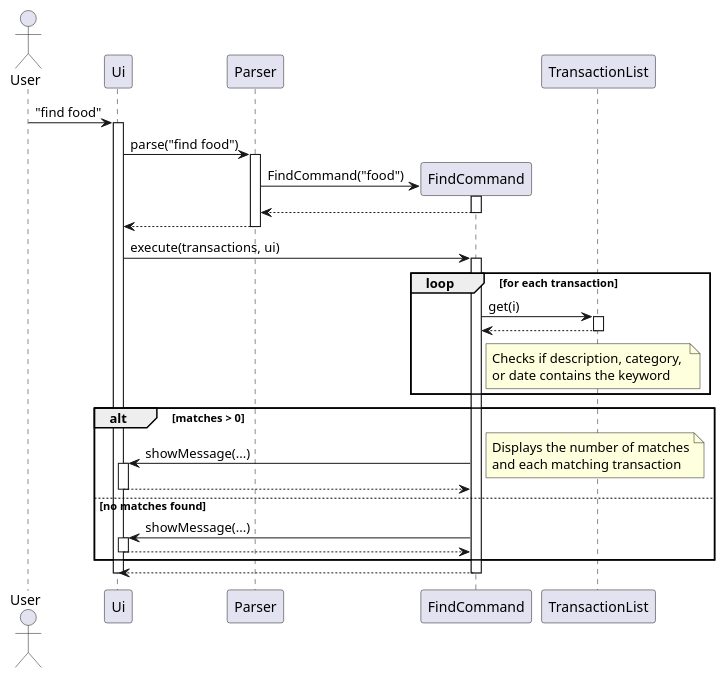
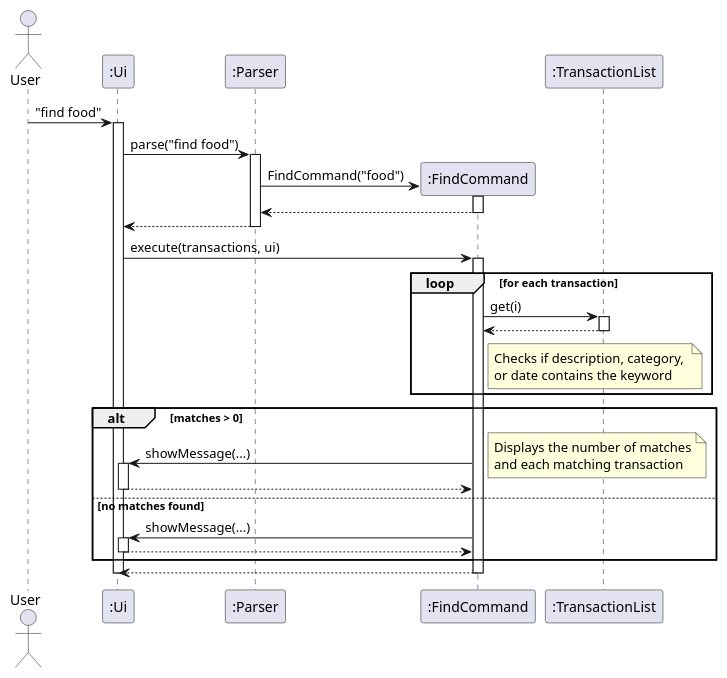
One commit to SeanChng/tp changed the diagram in docs/diagrams/FindSequenceDiagram.puml. Above: the diagram before and after it, drawn with PlantUML. The commit also changed 15 other files, not shown here.

Commit message:
Add semicolon to all objects in sequence diagram

```diff
--- a/docs/diagrams/FindSequenceDiagram.puml
+++ b/docs/diagrams/FindSequenceDiagram.puml
@@ -1,52 +1,52 @@
 @startuml
 
 actor User
-participant Ui
-participant Parser
-participant FindCommand
-participant TransactionList
+participant ":Ui" as Ui
+participant ":Parser" as Parser
+participant ":FindCommand" as FindCommand
+participant ":TransactionList" as TransactionList
 
 User -> Ui : "find food"
 activate Ui
 
 Ui -> Parser : parse("find food")
 activate Parser
 
 create FindCommand
 Parser -> FindCommand : FindCommand("food")
 activate FindCommand
 FindCommand --> Parser
 deactivate FindCommand
 
 Parser --> Ui
 deactivate Parser
 
 Ui -> FindCommand : execute(transactions, ui)
 activate FindCommand
 
 loop for each transaction
     FindCommand -> TransactionList : get(i)
     activate TransactionList
     TransactionList --> FindCommand
     deactivate TransactionList
 
     note right of FindCommand: Checks if description, category, \nor date contains the keyword
 end
 
 alt matches > 0
     FindCommand -> Ui : showMessage(...)
     activate Ui
     note right: Displays the number of matches\nand each matching transaction
     Ui --> FindCommand
     deactivate Ui
 else no matches found
     FindCommand -> Ui : showMessage(...)
     activate Ui
     Ui --> FindCommand
     deactivate Ui
 end
 
 FindCommand --> Ui
 deactivate FindCommand
 deactivate Ui
 @enduml
```
